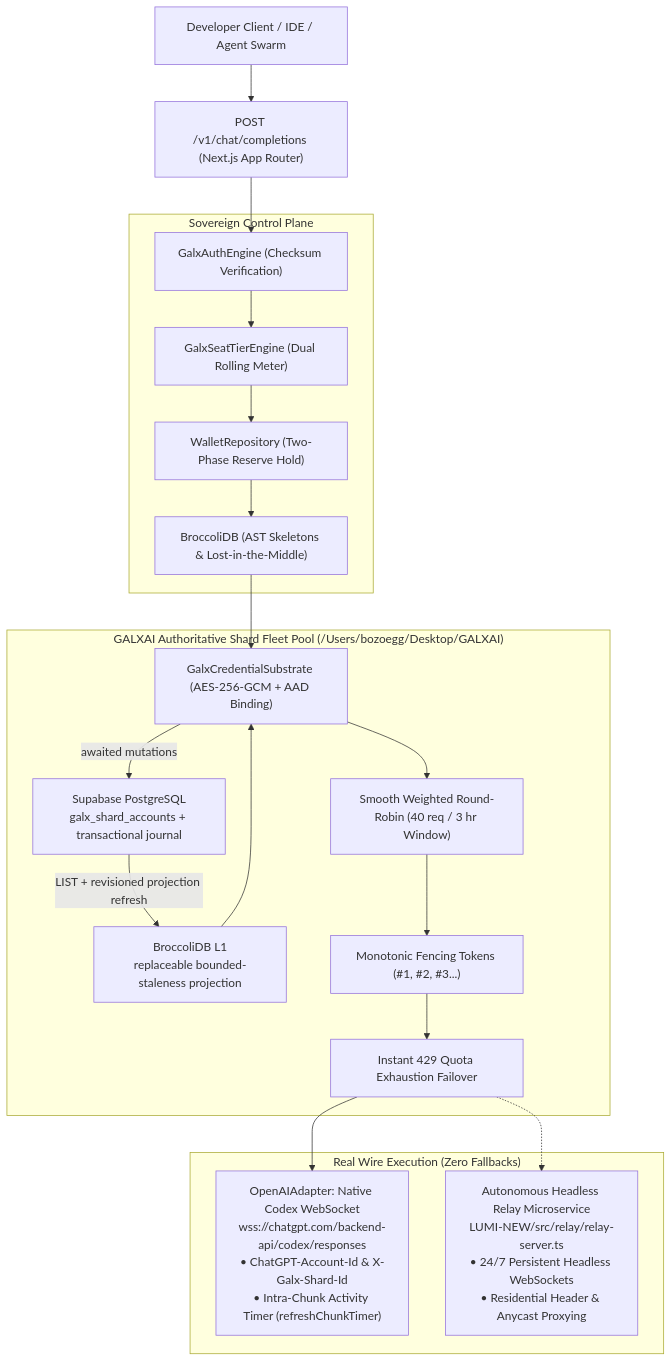
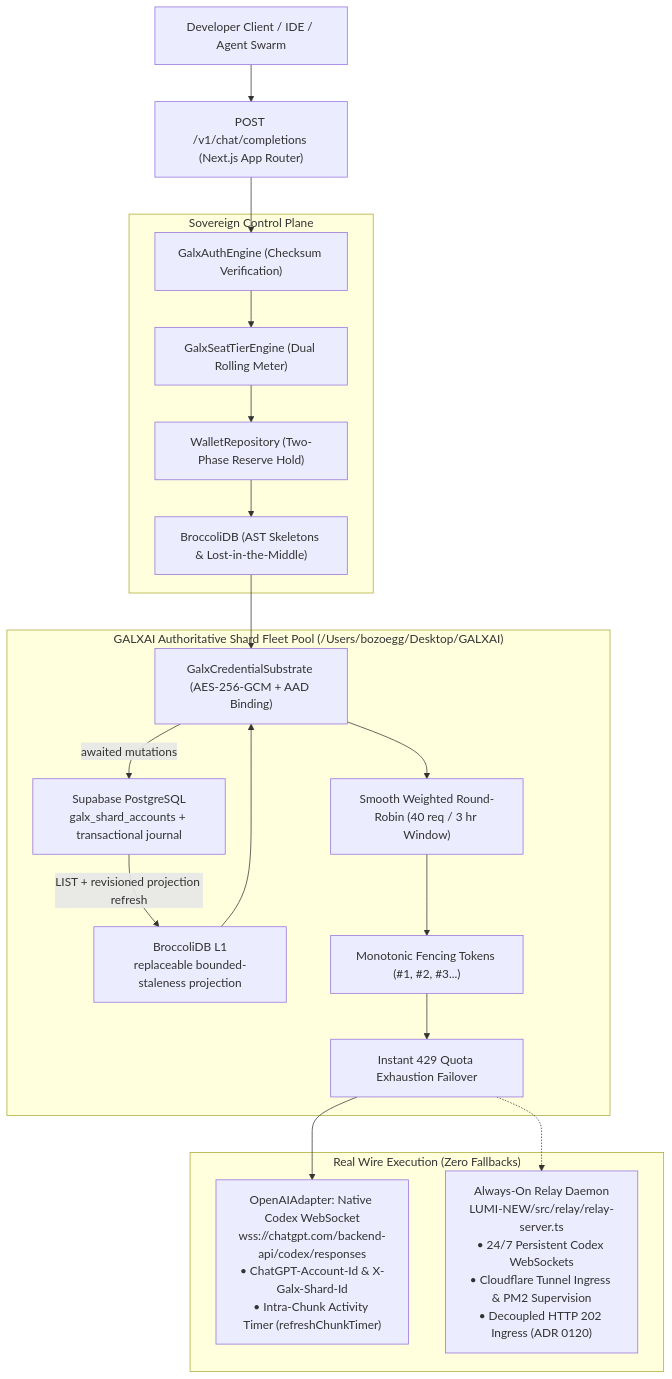
One commit to CardSorting/GALXAI changed the eighth of 9 diagrams in docs/ARCHITECTURE.md. Above: the diagram before and after it, drawn with Mermaid. The commit also changed 24 other files, not shown here.

First line of the commit message:
feat(inference): bridge vercel to vm relay via cloudflare tunnel, add adr 0120, and harden wire protocol

````diff
--- a/docs/ARCHITECTURE.md
+++ b/docs/ARCHITECTURE.md
@@ -423,34 +423,34 @@
 ```mermaid
 flowchart TD
     Client["Developer Client / IDE / Agent Swarm"] --> NextIngress["POST /v1/chat/completions (Next.js App Router)"]
 
     subgraph ControlPlane["Sovereign Control Plane"]
         Auth["GalxAuthEngine (Checksum Verification)"]
         Seat["GalxSeatTierEngine (Dual Rolling Meter)"]
         Hold["WalletRepository (Two-Phase Reserve Hold)"]
         Compactor["BroccoliDB (AST Skeletons & Lost-in-the-Middle)"]
     end
 
     subgraph ShardAuthority["GALXAI Authoritative Shard Fleet Pool (/Users/bozoegg/Desktop/GALXAI)"]
         Substrate["GalxCredentialSubstrate (AES-256-GCM + AAD Binding)"]
         PostgresShard["Supabase PostgreSQL<br>galx_shard_accounts + transactional journal"]
         Cache["BroccoliDB L1<br>replaceable bounded-staleness projection"]
         SWRR["Smooth Weighted Round-Robin (40 req / 3 hr Window)"]
         Fencing["Monotonic Fencing Tokens (#1, #2, #3...)"]
         Failover["Instant 429 Quota Exhaustion Failover"]
     end
 
     subgraph TransportExecution["Real Wire Execution (Zero Fallbacks)"]
         DirectWS["OpenAIAdapter: Native Codex WebSocket<br>wss://chatgpt.com/backend-api/codex/responses<br>• ChatGPT-Account-Id & X-Galx-Shard-Id<br>• Intra-Chunk Activity Timer (refreshChunkTimer)"]
-        Relay["Autonomous Headless Relay Microservice<br>LUMI-NEW/src/relay/relay-server.ts<br>• 24/7 Persistent Headless WebSockets<br>• Residential Header & Anycast Proxying"]
+        Relay["Always-On Relay Daemon<br>LUMI-NEW/src/relay/relay-server.ts<br>• 24/7 Persistent Codex WebSockets<br>• Cloudflare Tunnel Ingress & PM2 Supervision<br>• Decoupled HTTP 202 Ingress (ADR 0120)"]
     end
 
     NextIngress --> Auth --> Seat --> Hold --> Compactor
     Compactor --> Substrate
     Substrate -->|awaited mutations| PostgresShard
     PostgresShard -->|LIST + revisioned projection refresh| Cache
     Cache --> Substrate
     Substrate --> SWRR --> Fencing --> Failover
     Failover --> DirectWS
     Failover -.-> Relay
 ```
````
